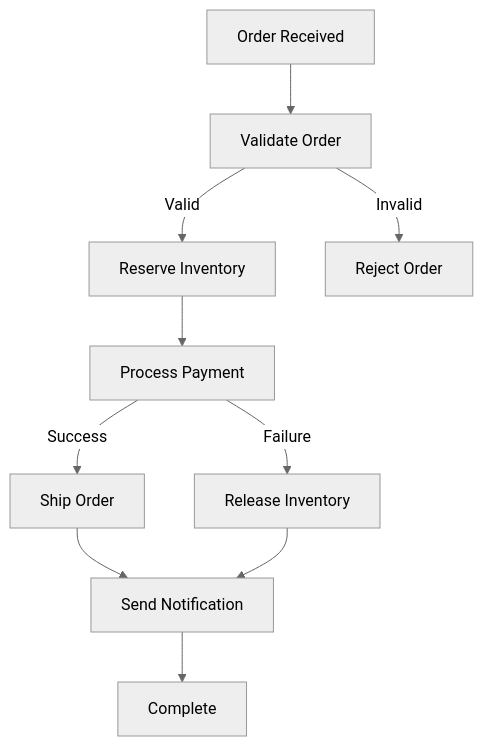
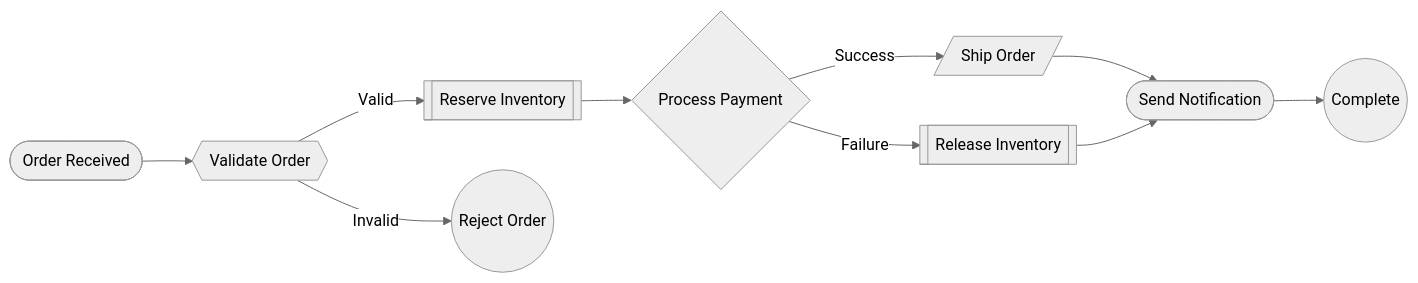
One commit to saivamsikaruturi/vamsilabs-dev-notes-main changed the third of 5 diagrams in docs/devops/aws.md. Above: the diagram before and after it, drawn with Mermaid (neutral theme). The commit also changed other lines of this file and 146 other files, not shown here.

Commit message:
Horizontal diagrams, UML class diagrams, typography overhaul, and permalink cleanup

````diff
--- a/docs/devops/aws.md
+++ b/docs/devops/aws.md
@@ -182,12 +182,12 @@
 ```mermaid
-flowchart TD
-    Start["Order Received"] --> Validate["Validate Order"]
-    Validate -->|Valid| Reserve["Reserve Inventory"]
-    Validate -->|Invalid| Reject["Reject Order"]
-    Reserve --> Payment["Process Payment"]
-    Payment -->|Success| Ship["Ship Order"]
-    Payment -->|Failure| Release["Release Inventory"]
-    Ship --> Notify["Send Notification"]
+flowchart LR
+    Start(["Order Received"]) --> Validate{{"Validate Order"}}
+    Validate -->|Valid| Reserve[["Reserve Inventory"]]
+    Validate -->|Invalid| Reject(("Reject Order"))
+    Reserve --> Payment{"Process Payment"}
+    Payment -->|Success| Ship[/"Ship Order"/]
+    Payment -->|Failure| Release[["Release Inventory"]]
+    Ship --> Notify(["Send Notification"])
     Release --> Notify
-    Notify --> End["Complete"]
+    Notify --> End(("Complete"))
 ```
````
